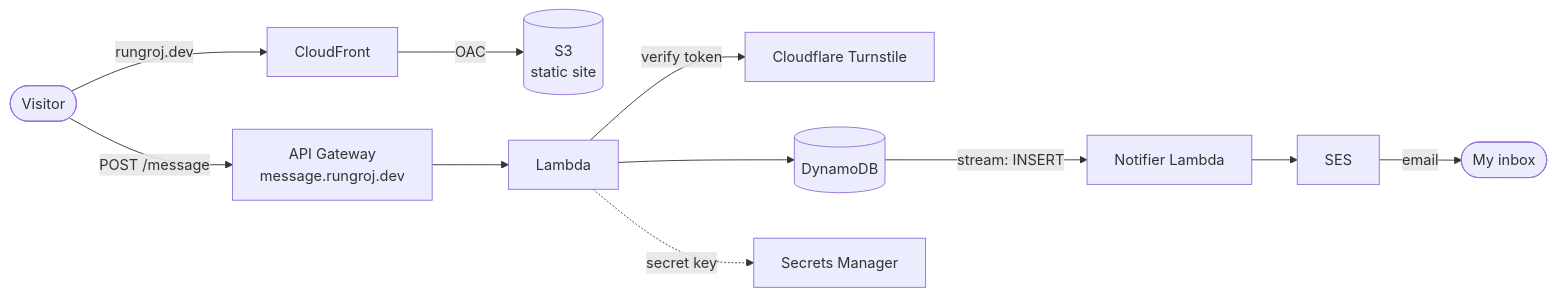
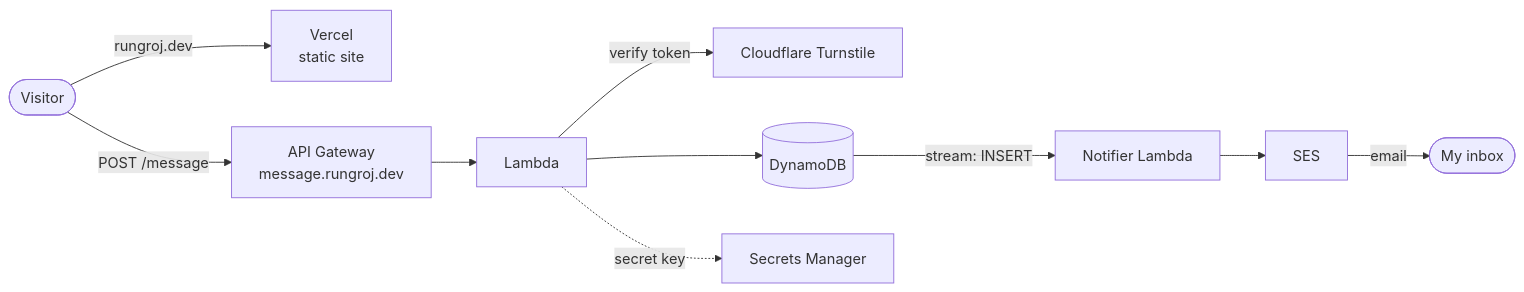
The diagram in README.md (Imperator7/portfolio-next), drawn with Mermaid before and after one commit. The commit also changed other lines of this file and 2 other files, not shown here.

First line of the commit message:
docs: describe the site on Vercel in the READMEs

````diff
--- a/README.md
+++ b/README.md
@@ -27,13 +27,12 @@
 ```mermaid
 flowchart LR
-  visitor([Visitor]) -->|rungroj.dev| cf[CloudFront]
-  cf -->|OAC| s3[(S3<br/>static site)]
+  visitor([Visitor]) -->|rungroj.dev| vercel[Vercel<br/>static site]
   visitor -->|POST /message| apigw[API Gateway<br/>message.rungroj.dev]
   apigw --> lambda[Lambda]
   lambda -->|verify token| turnstile[Cloudflare Turnstile]
   lambda --> ddb[(DynamoDB)]
   lambda -.secret key.-> sm[Secrets Manager]
   ddb -->|stream: INSERT| notifier[Notifier Lambda]
   notifier --> ses[SES]
   ses -->|email| inbox([My inbox])
 ```
````
